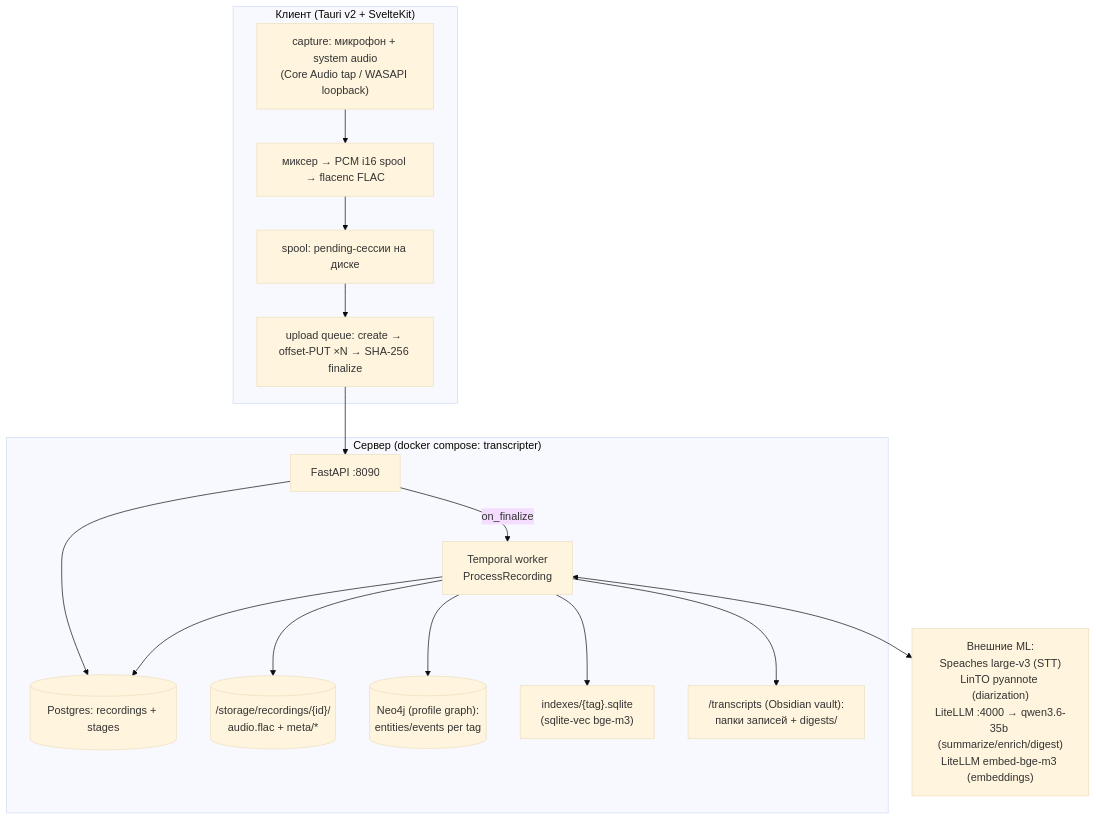
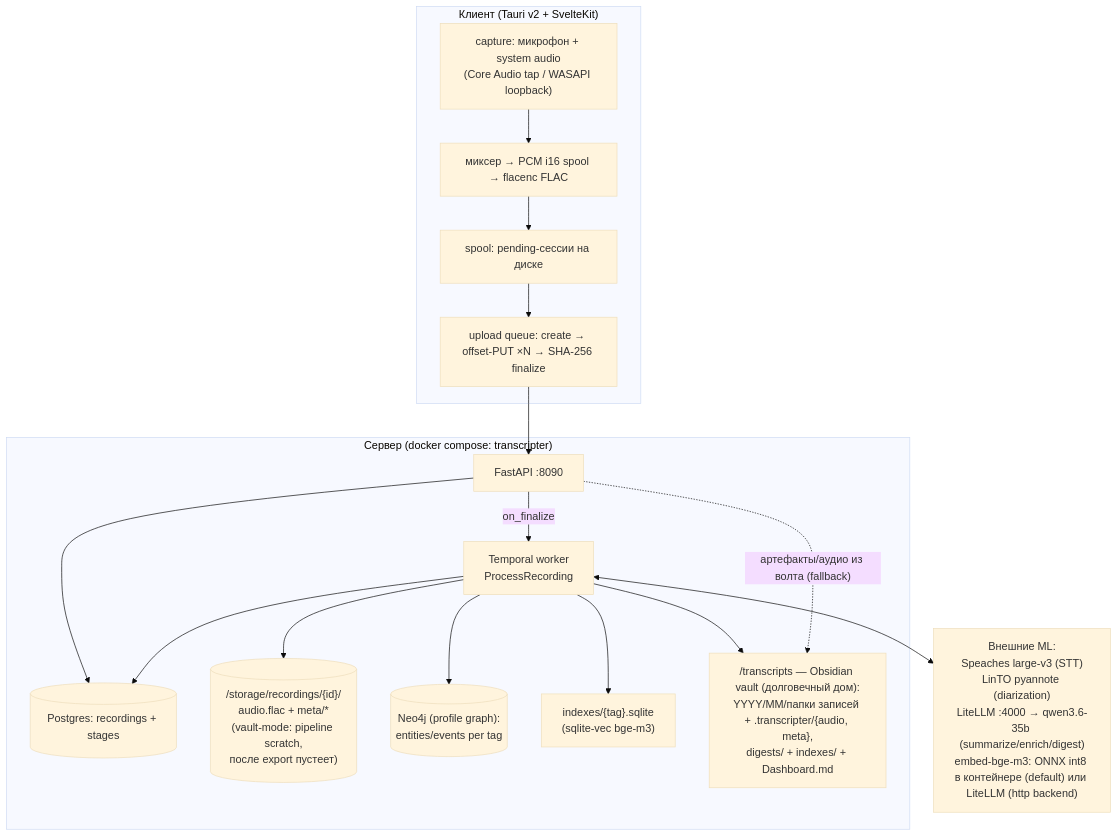
One commit to megastruktur/transcripter changed the diagram in LOGIC_DIAGRAM.md. Above: the diagram before and after it, drawn with Mermaid (base theme). The commit also changed other lines of this file and 1 other file, not shown here.

First line of the commit message:
docs: refresh logic diagrams to v0.19.0 vault architecture

````diff
--- a/LOGIC_DIAGRAM.md
+++ b/LOGIC_DIAGRAM.md
@@ -11,33 +15,34 @@
 ```mermaid
 flowchart TB
     subgraph CLIENT["Клиент (Tauri v2 + SvelteKit)"]
         CAP["capture: микрофон + system audio<br/>(Core Audio tap / WASAPI loopback)"]
         MIX["миксер → PCM i16 spool → flacenc FLAC"]
         SPL["spool: pending-сессии на диске"]
         UPL["upload queue: create → offset-PUT ×N → SHA-256 finalize"]
         CAP --> MIX --> SPL --> UPL
     end
 
     subgraph SERVER["Сервер (docker compose: transcripter)"]
         API["FastAPI :8090"]
         PG[("Postgres: recordings + stages")]
         WF["Temporal worker<br/>ProcessRecording"]
-        ST[("/storage/recordings/{id}/<br/>audio.flac + meta/*")]
+        ST[("/storage/recordings/{id}/<br/>audio.flac + meta/*<br/>(vault-mode: pipeline scratch,<br/>после export пустеет)")]
         N4J[("Neo4j (profile graph):<br/>entities/events per tag")]
         IDX["indexes/{tag}.sqlite<br/>(sqlite-vec bge-m3)"]
-        TR["/transcripts (Obsidian vault):<br/>папки записей + digests/"]
+        TR["/transcripts — Obsidian vault (долговечный дом):<br/>YYYY/MM/папки записей + .transcripter/{audio, meta},<br/>digests/ + indexes/ + Dashboard.md"]
 
         API --> PG
         API -->|on_finalize| WF
         WF --> PG
         WF --> ST
         WF --> N4J
         WF --> IDX
         WF --> TR
+        API -.->|"артефакты/аудио из волта (fallback)"| TR
     end
 
-    EXT["Внешние ML:<br/>Speaches large-v3 (STT)<br/>LinTO pyannote (diarization)<br/>LiteLLM :4000 → qwen3.6-35b (summarize/enrich/digest)<br/>LiteLLM embed-bge-m3 (embeddings)"]
+    EXT["Внешние ML:<br/>Speaches large-v3 (STT)<br/>LinTO pyannote (diarization)<br/>LiteLLM :4000 → qwen3.6-35b (summarize/enrich/digest)<br/>embed-bge-m3: ONNX int8 в контейнере (default) или LiteLLM (http backend)"]
 
     UPL --> API
     WF <--> EXT
 ```
````
